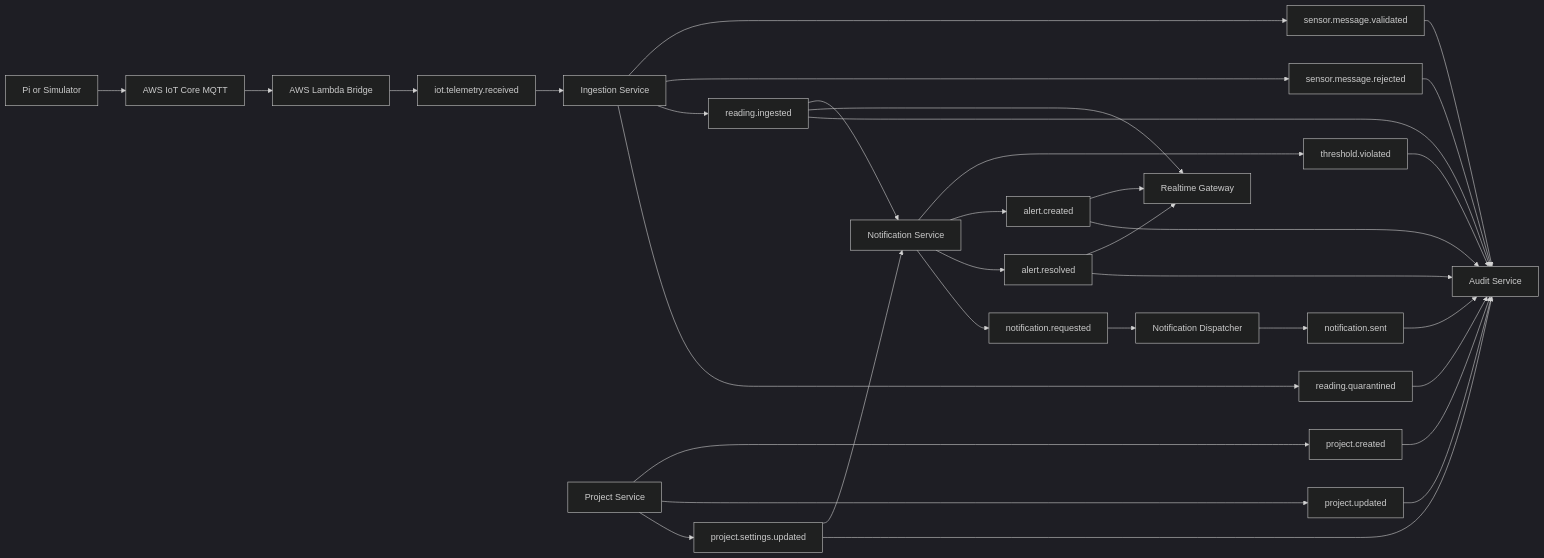
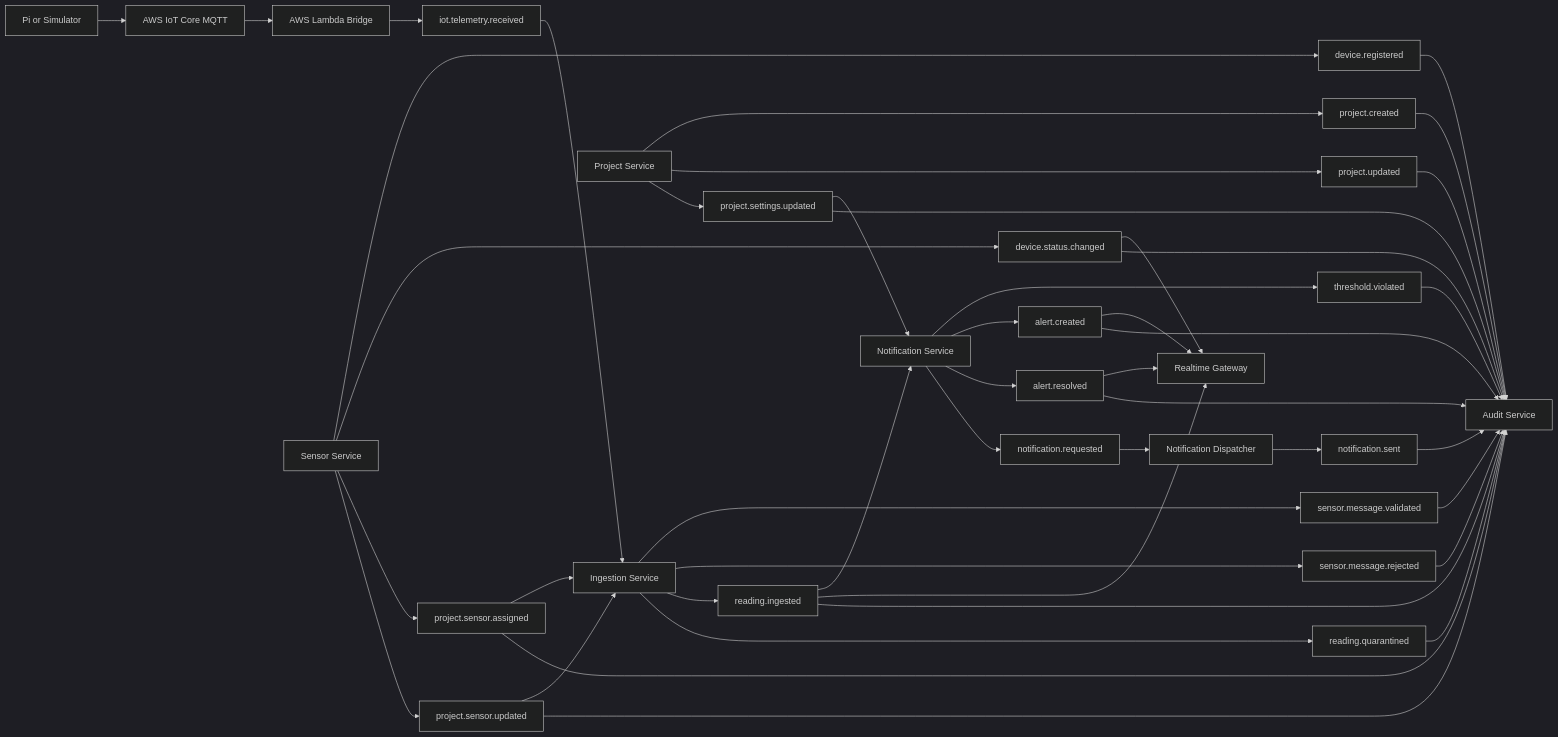
The diagram in cooking_tracker/main/eda_docs.md (tns30-dev/aqua_scale), drawn with Mermaid (dark theme) before and after one commit. The commit also changed other lines of this file and 35 other files, not shown here.

Commit message:
chore: add sensor service deployment integration

````diff
--- a/cooking_tracker/main/eda_docs.md
+++ b/cooking_tracker/main/eda_docs.md
@@ -5,42 +5,54 @@
 ```mermaid
 flowchart LR
   Device[Pi or Simulator] --> IoT[AWS IoT Core MQTT]
   IoT --> Lambda[AWS Lambda Bridge]
   Lambda --> T1[iot.telemetry.received]
   T1 --> Ingestion[Ingestion Service]
 
   Ingestion --> T2[sensor.message.validated]
   Ingestion --> T3[sensor.message.rejected]
   Ingestion --> T4[reading.ingested]
   Ingestion --> T5[reading.quarantined]
 
   T4 --> Notification[Notification Service]
   T4 --> Realtime[Realtime Gateway]
   T4 --> Audit[Audit Service]
 
   Notification --> T6[threshold.violated]
   Notification --> T7[alert.created]
   Notification --> T8[alert.resolved]
   Notification --> T9[notification.requested]
 
   T7 --> Realtime
   T8 --> Realtime
   T6 --> Audit
   T7 --> Audit
   T8 --> Audit
   T9 --> Dispatcher[Notification Dispatcher]
   Dispatcher --> T10[notification.sent]
   T10 --> Audit
 
   T2 --> Audit
   T3 --> Audit
   T5 --> Audit
 
   Project[Project Service] --> P1[project.created]
   Project --> P2[project.updated]
   Project --> P3[project.settings.updated]
   P1 --> Audit
   P2 --> Audit
   P3 --> Notification
   P3 --> Audit
+
+  Sensor[Sensor Service] --> S1[device.registered]
+  Sensor --> S2[device.status.changed]
+  Sensor --> S3[project.sensor.assigned]
+  Sensor --> S4[project.sensor.updated]
+  S1 --> Audit
+  S2 --> Realtime
+  S2 --> Audit
+  S3 --> Ingestion
+  S3 --> Audit
+  S4 --> Ingestion
+  S4 --> Audit
 ```
````
